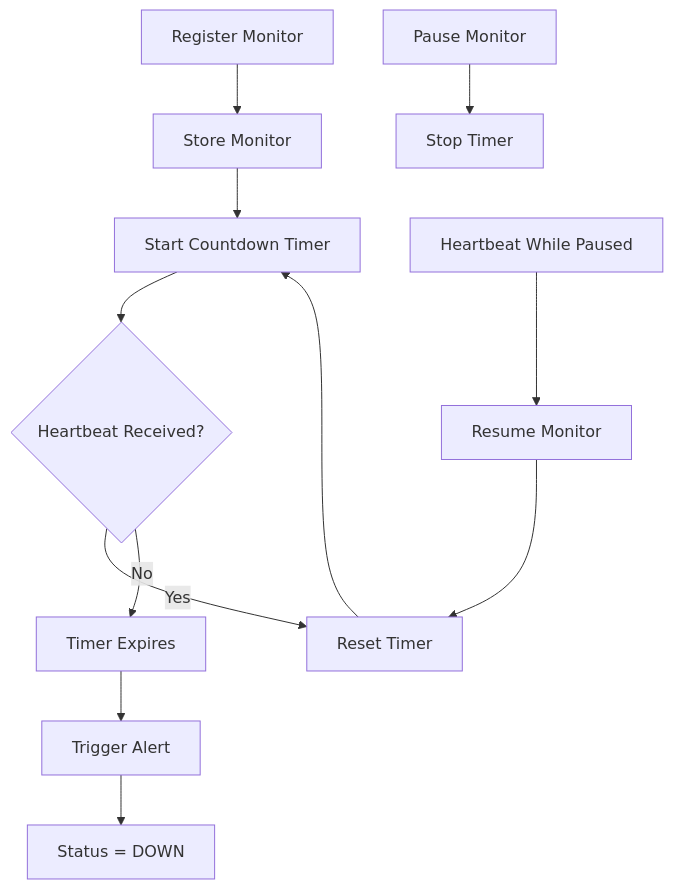
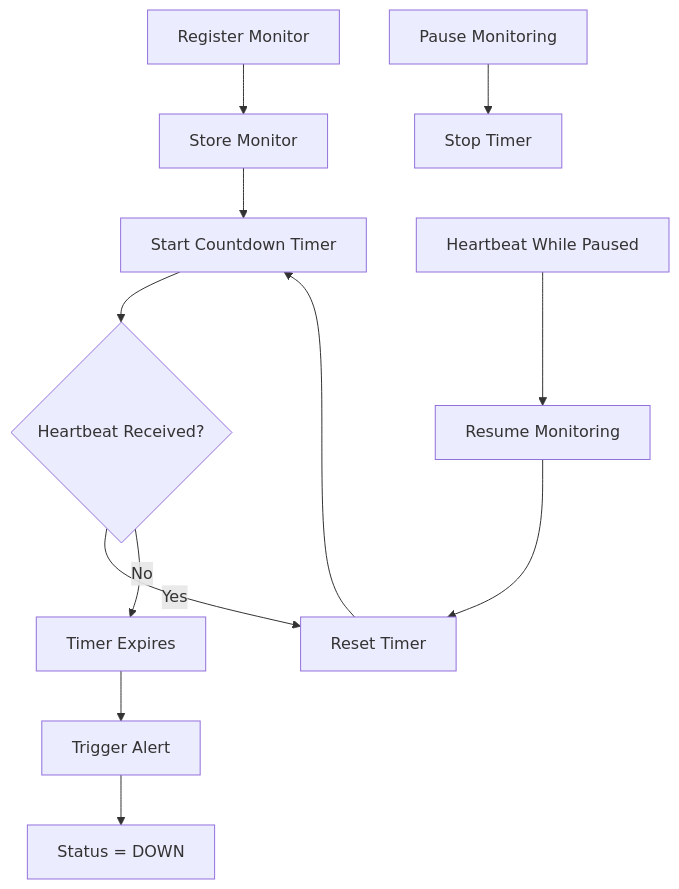
The diagram in docs/architecture.md (emmanuelwanaah/Pulse-Check-API), drawn with Mermaid before and after one commit. The commit also changed other lines of this file, not shown here.

Commit message:
docs: improve architecture and README documentation

````diff
--- a/docs/architecture.md
+++ b/docs/architecture.md
@@ -58,21 +89,38 @@
 ```mermaid
 flowchart TD
 
-A[Register Monitor] --> B[Store Monitor]
-B --> C[Start Countdown Timer]
+A[Register Monitor]
+--> B[Store Monitor]
 
-C --> D{Heartbeat Received?}
+B
+--> C[Start Countdown Timer]
 
-D -->|Yes| E[Reset Timer]
-E --> C
+C
+--> D{Heartbeat Received?}
 
-D -->|No| F[Timer Expires]
+D
+-- Yes -->
+E[Reset Timer]
 
-F --> G[Trigger Alert]
-G --> H[Status = DOWN]
+E
+--> C
 
-I[Pause Monitor] --> J[Stop Timer]
+D
+-- No -->
+F[Timer Expires]
 
-K[Heartbeat While Paused] --> L[Resume Monitor]
-L --> E
+F
+--> G[Trigger Alert]
+
+G
+--> H[Status = DOWN]
+
+I[Pause Monitoring]
+--> J[Stop Timer]
+
+K[Heartbeat While Paused]
+--> L[Resume Monitoring]
+
+L
+--> E
 ```
````
